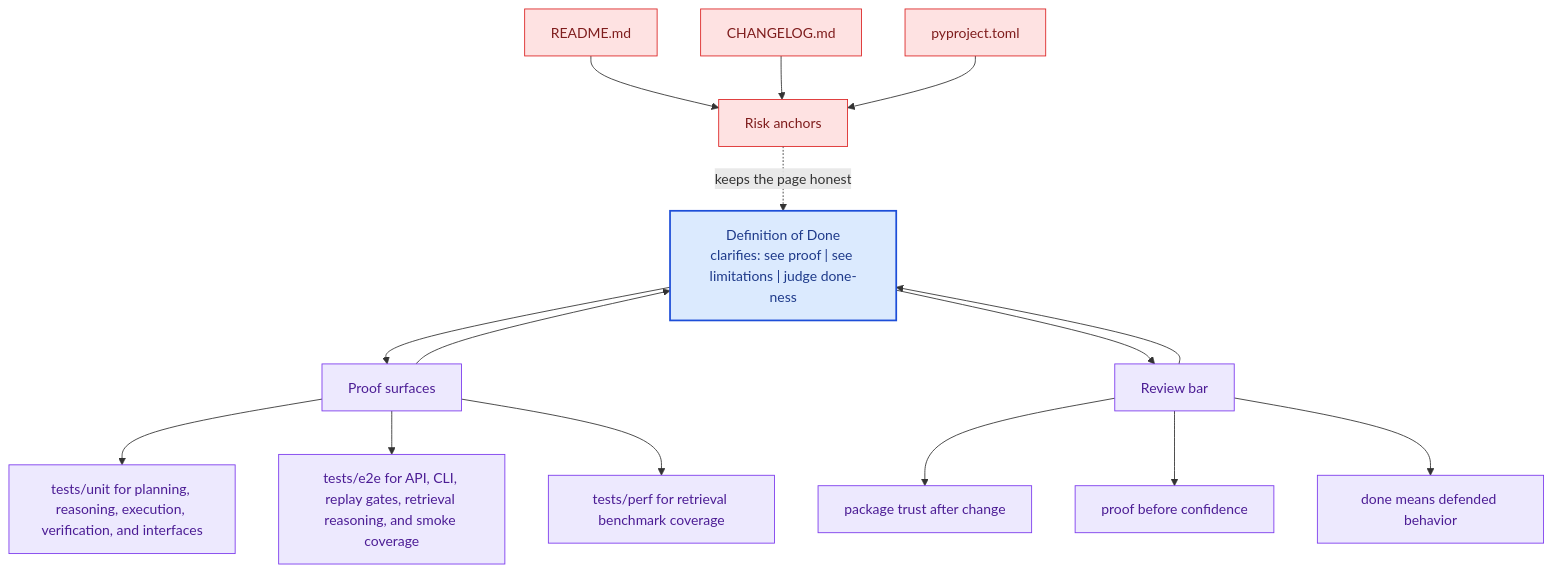
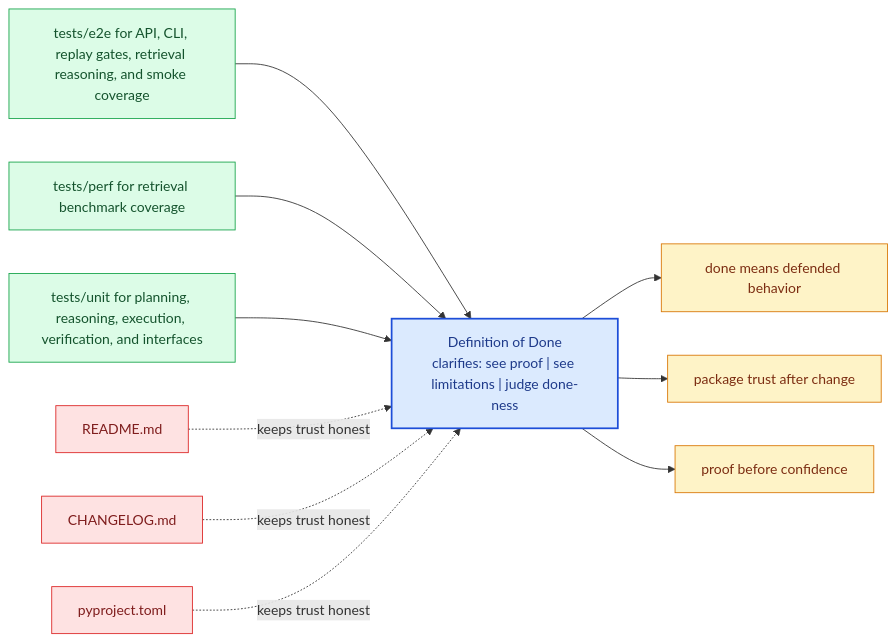
The diagram in docs/bijux-canon-reason/quality/definition-of-done.md (bijux/bijux-canon), drawn with Mermaid before and after one commit. The commit also changed other lines of this file and 281 other files, not shown here.

Commit message:
docs(diagrams): replace repeated mermaid scaffolds with page-specific summaries

````diff
--- a/docs/bijux-canon-reason/quality/definition-of-done.md
+++ b/docs/bijux-canon-reason/quality/definition-of-done.md
@@ -67,41 +22,31 @@
 ```mermaid
-flowchart TB
-    promise["Definition of Done<br/>clarifies: see proof | see limitations | judge done-ness"]
-    classDef promise fill:#dbeafe,stroke:#1d4ed8,color:#1e3a8a,stroke-width:2px;
-    classDef driver fill:#dcfce7,stroke:#16a34a,color:#14532d;
-    classDef constraint fill:#fee2e2,stroke:#dc2626,color:#7f1d1d;
-    classDef ground fill:#ede9fe,stroke:#7c3aed,color:#4c1d95;
-    focus1["Proof surfaces"]
-    focus1 --> promise
-    promise --> focus1
-    focus1_1["tests/unit for planning, reasoning, execution, verification, and interfaces"]
-    focus1 --> focus1_1
-    focus1_2["tests/e2e for API, CLI, replay gates, retrieval reasoning, and smoke coverage"]
-    focus1 --> focus1_2
-    focus1_3["tests/perf for retrieval benchmark coverage"]
-    focus1 --> focus1_3
-    class focus1 ground;
-    class focus1_1,focus1_2,focus1_3 ground;
-    focus2["Risk anchors"]
-    focus2 -.keeps the page honest.-> promise
-    focus2_1["README.md"]
-    focus2_1 --> focus2
-    focus2_2["CHANGELOG.md"]
-    focus2_2 --> focus2
-    focus2_3["pyproject.toml"]
-    focus2_3 --> focus2
-    class focus2 constraint;
-    class focus2_1,focus2_2,focus2_3 constraint;
-    focus3["Review bar"]
-    focus3 --> promise
-    promise --> focus3
-    focus3_1["package trust after change"]
-    focus3 --> focus3_1
-    focus3_2["proof before confidence"]
-    focus3 --> focus3_2
-    focus3_3["done means defended behavior"]
-    focus3 --> focus3_3
-    class focus3 ground;
-    class focus3_1,focus3_2,focus3_3 ground;
-    class promise promise;
+flowchart LR
+    page["Definition of Done<br/>clarifies: see proof | see limitations | judge done-ness"]
+    classDef page fill:#dbeafe,stroke:#1d4ed8,color:#1e3a8a,stroke-width:2px;
+    classDef positive fill:#dcfce7,stroke:#16a34a,color:#14532d;
+    classDef caution fill:#fee2e2,stroke:#dc2626,color:#7f1d1d;
+    classDef anchor fill:#ede9fe,stroke:#7c3aed,color:#4c1d95;
+    classDef action fill:#fef3c7,stroke:#d97706,color:#7c2d12;
+    proof1["tests/e2e for API, CLI, replay gates, retrieval reasoning, and smoke coverage"]
+    proof1 --> page
+    proof2["tests/perf for retrieval benchmark coverage"]
+    proof2 --> page
+    proof3["tests/unit for planning, reasoning, execution, verification, and interfaces"]
+    proof3 --> page
+    risk1["README.md"]
+    risk1 -.keeps trust honest.-> page
+    risk2["CHANGELOG.md"]
+    risk2 -.keeps trust honest.-> page
+    risk3["pyproject.toml"]
+    risk3 -.keeps trust honest.-> page
+    bar1["done means defended behavior"]
+    page --> bar1
+    bar2["package trust after change"]
+    page --> bar2
+    bar3["proof before confidence"]
+    page --> bar3
+    class page page;
+    class proof1,proof2,proof3 positive;
+    class risk1,risk2,risk3 caution;
+    class bar1,bar2,bar3 action;
 ```
````
